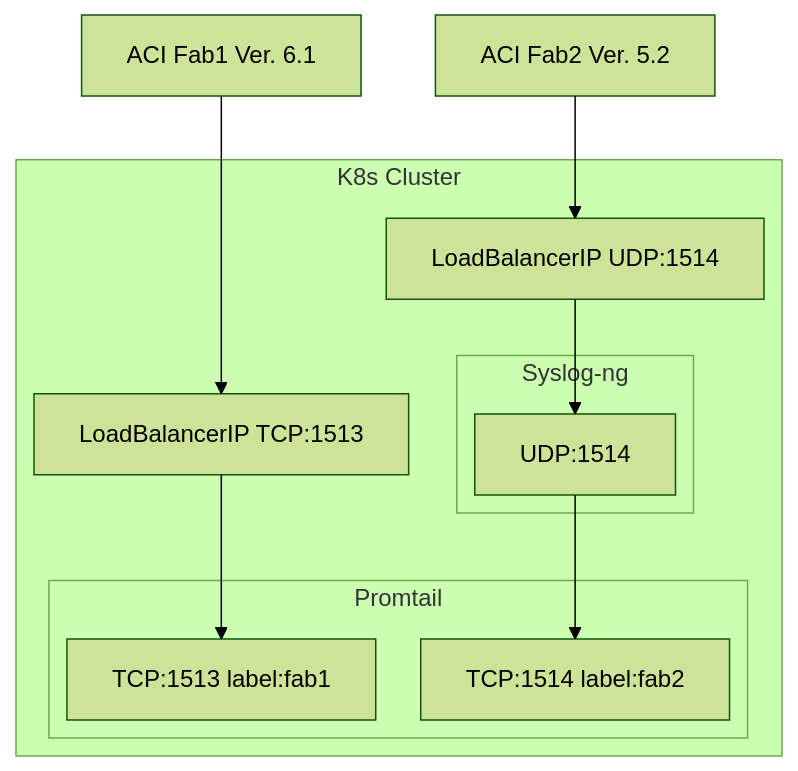
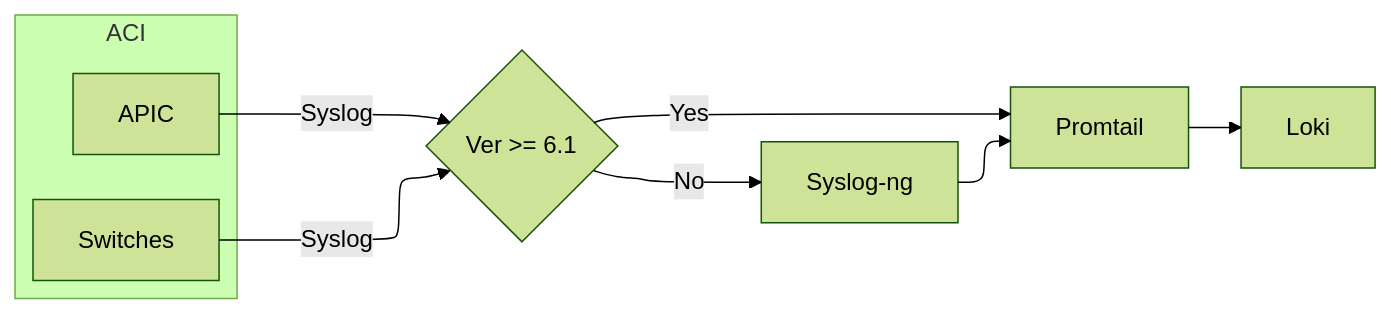
One commit to datacenter/aci-monitoring-stack changed the third of 5 diagrams in README.md. Above: the diagram before and after it, drawn with Mermaid (forest theme). The commit also changed other lines of this file and 1 other file, not shown here.

````diff
--- a/README.md
+++ b/README.md
@@ -278,21 +74,17 @@
 ```mermaid
-flowchart-elk
-  subgraph K8s Cluster
-    subgraph Promtail
-      PT1513["TCP:1513 label:fab1"]
-      PT1514["TCP:1514 label:fab2"]
-    end
-    subgraph Syslog-ng
-    SL["UDP:1514"]
-    end
-    F1SVC["LoadBalancerIP TCP:1513"]
-    F2SVC["LoadBalancerIP UDP:1514"]
-
-    F1SVC --> PT1513
-    F2SVC --> SL
-  end
-  ACI61["ACI Fab1 Ver. 6.1"] --> F1SVC
-  ACI52["ACI Fab2 Ver. 5.2"] --> F2SVC
-  SL --> PT1514
-
+    flowchart-elk LR
+      L["Loki"]
+      PT["Promtail"]
+      SL["Syslog-ng"]
+      PT-->L
+      SL-->PT
+      subgraph ACI
+        S["Switches"]
+        APIC["APIC"]
+      end
+      V{Ver >= 6.1}
+      S--"Syslog"-->V
+      APIC--"Syslog"-->V
+      V -->|Yes| PT
+      V -->|No| SL
 ```
````
